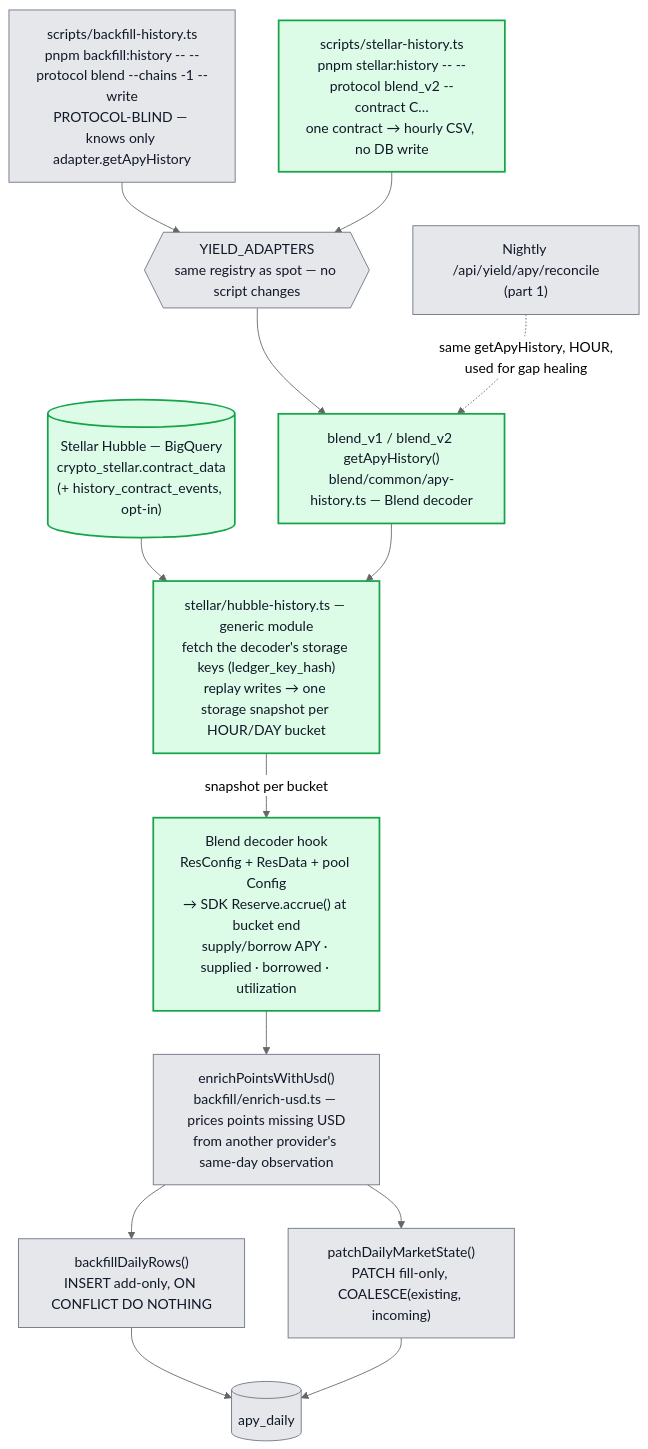
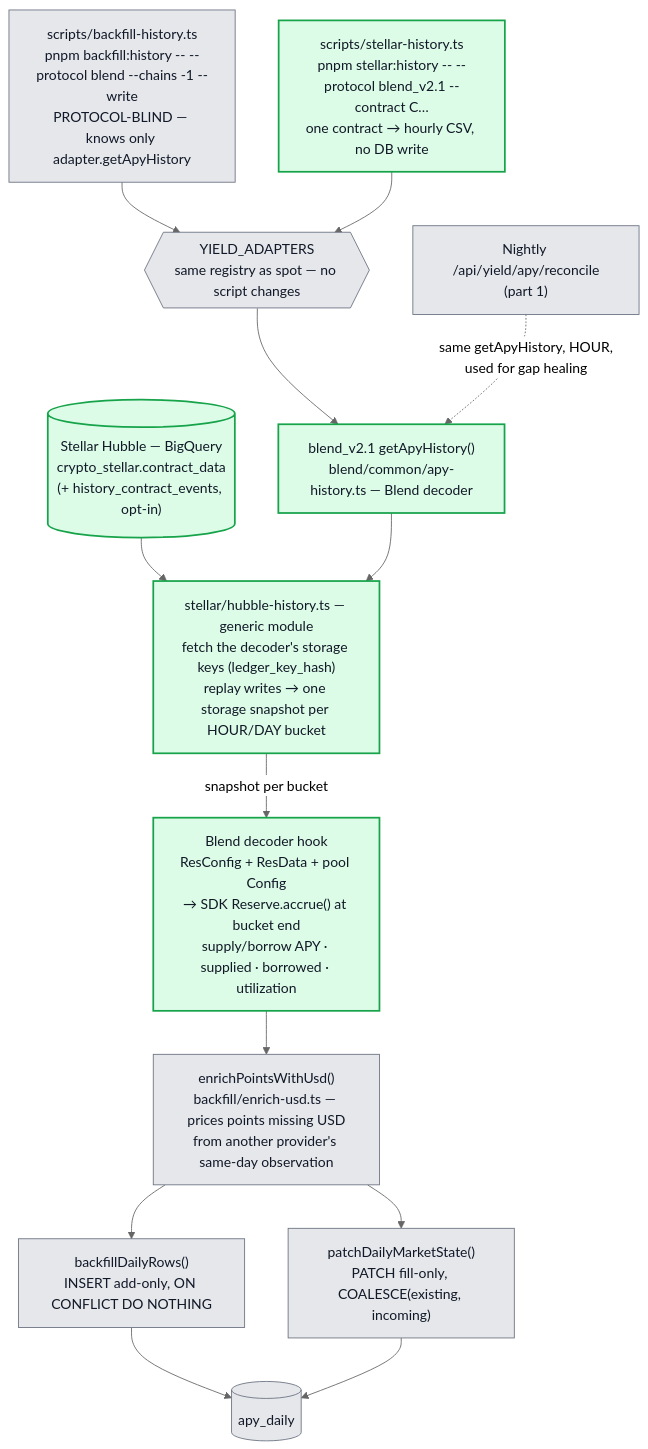
One commit to lendwise-fi/lendwise changed the second of 6 diagrams in docs/architecture-stellar-integration.md. Above: the diagram before and after it, drawn with Mermaid (neutral theme). The commit also changed other lines of this file and 36 other files, not shown here.

````diff
--- a/docs/architecture-stellar-integration.md
+++ b/docs/architecture-stellar-integration.md
@@ -126,24 +130,24 @@
 ```mermaid
 flowchart TD
     BackfillScript["scripts/backfill-history.ts<br/>pnpm backfill:history -- --protocol blend --chains -1 --write<br/>PROTOCOL-BLIND — knows only adapter.getApyHistory"] --> Registry3{{"YIELD_ADAPTERS<br/>same registry as spot — no script changes"}}
-    CLI["scripts/stellar-history.ts<br/>pnpm stellar:history -- --protocol blend_v2 --contract C…<br/>one contract → hourly CSV, no DB write"] --> Registry3
-    Registry3 --> BlendHistory["blend_v1 / blend_v2 getApyHistory()<br/>blend/common/apy-history.ts — Blend decoder"]
+    CLI["scripts/stellar-history.ts<br/>pnpm stellar:history -- --protocol blend_v2.1 --contract C…<br/>one contract → hourly CSV, no DB write"] --> Registry3
+    Registry3 --> BlendHistory["blend_v2.1 getApyHistory()<br/>blend/common/apy-history.ts — Blend decoder"]
 
     Hubble[("Stellar Hubble — BigQuery<br/>crypto_stellar.contract_data<br/>(+ history_contract_events, opt-in)")] --> Module
     BlendHistory --> Module["stellar/hubble-history.ts — generic module<br/>fetch the decoder's storage keys (ledger_key_hash)<br/>replay writes → one storage snapshot per HOUR/DAY bucket"]
     Module -->|"snapshot per bucket"| Decode["Blend decoder hook<br/>ResConfig + ResData + pool Config<br/>→ SDK Reserve.accrue() at bucket end<br/>supply/borrow APY · supplied · borrowed · utilization"]
 
     Decode --> Enrich["enrichPointsWithUsd()<br/>backfill/enrich-usd.ts — prices points missing USD<br/>from another provider's same-day observation"]
     Enrich --> Insert["backfillDailyRows()<br/>INSERT add-only, ON CONFLICT DO NOTHING"]
     Enrich --> Patch["patchDailyMarketState()<br/>PATCH fill-only, COALESCE(existing, incoming)"]
     Insert --> Daily2[("apy_daily")]
     Patch --> Daily2
 
     Reconcile2["Nightly /api/yield/apy/reconcile<br/>(part 1)"] -.->|"same getApyHistory, HOUR,<br/>used for gap healing"| BlendHistory
 
     classDef core fill:#e5e7eb,stroke:#6b7280,color:#111827;
     classDef stellar fill:#dcfce7,stroke:#16a34a,color:#111827,stroke-width:2px;
 
     class BackfillScript,Registry3,Enrich,Insert,Patch,Daily2,Reconcile2 core;
     class BlendHistory,Hubble,Module,Decode,CLI stellar;
 ```
````
